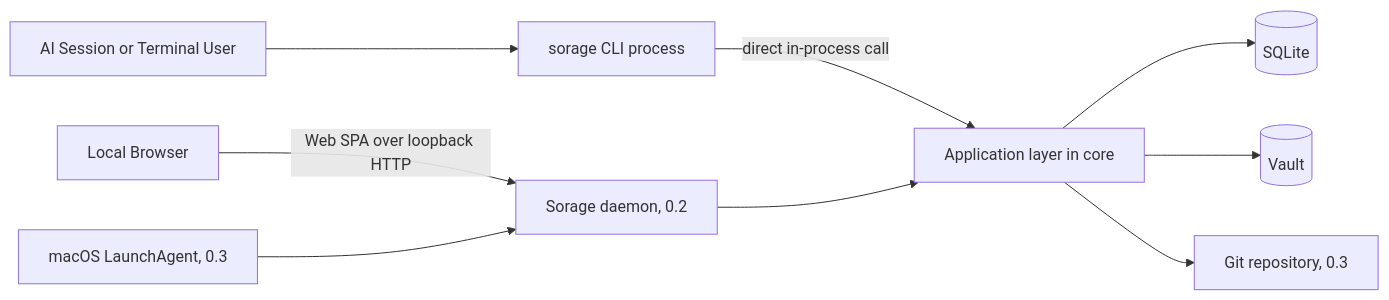
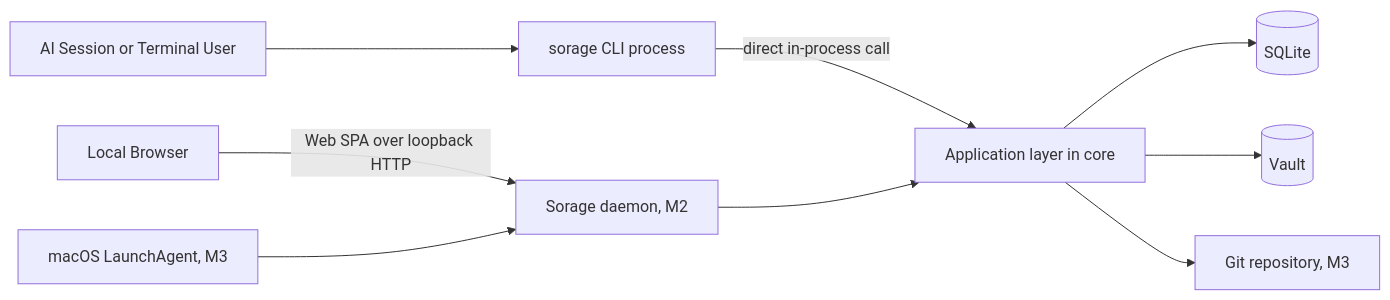
The second of 3 diagrams in docs/architecture/README.md (irootkernel/sorage), drawn with Mermaid before and after one commit. The commit also changed other lines of this file and 52 other files, not shown here.

````diff
--- a/docs/architecture/README.md
+++ b/docs/architecture/README.md
@@ -512,21 +512,21 @@
 ```mermaid
 flowchart LR
     AI[AI Session or Terminal User]
     Browser[Local Browser]
     CLI[sorage CLI process]
-    Daemon[Sorage daemon, 0.2]
+    Daemon[Sorage daemon, M2]
     App[Application layer in core]
     DB[(SQLite)]
     Vault[(Vault)]
-    Git[Git repository, 0.3]
-    Launchd[macOS LaunchAgent, 0.3]
+    Git[Git repository, M3]
+    Launchd[macOS LaunchAgent, M3]
 
     AI --> CLI
     Browser -->|Web SPA over loopback HTTP| Daemon
     CLI -->|direct in-process call| App
     Daemon --> App
     App --> DB
     App --> Vault
     App --> Git
     Launchd --> Daemon
 ```
````
